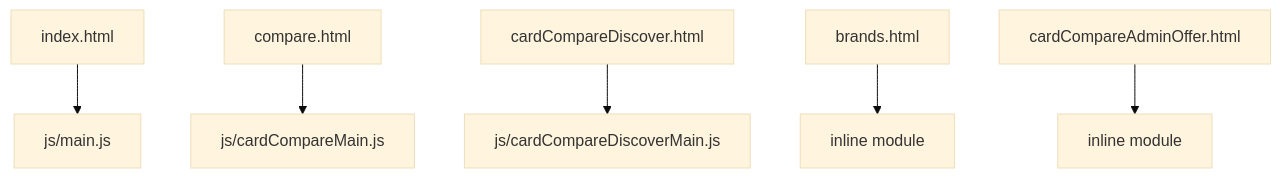
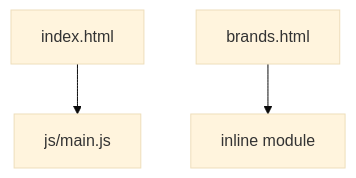
Before and after one commit to Ashwani07/voucher-discount-calculator: the first of 5 diagrams in docs/JavaScriptDependencyMap.md, drawn with Mermaid (base theme). The commit also changed other lines of this file and 12 other files, not shown here.

Commit message:
Refine voucher optimizer calculations and pipeline reliability. Remove unused scraped card data, fix Amazon and Axis reward handling, improve monthly cap disclosures, add HITL verification, and update voucher-only architecture and operations docs.

````diff
--- a/docs/JavaScriptDependencyMap.md
+++ b/docs/JavaScriptDependencyMap.md
@@ -7,8 +9,5 @@
 ```mermaid
 graph TD
     Index[index.html] --> Main[js/main.js]
-    Compare[compare.html] --> CompareMain[js/cardCompareMain.js]
-    Discover[cardCompareDiscover.html] --> DiscoverMain[js/cardCompareDiscoverMain.js]
     Brands[brands.html] --> BrandsInline[inline module]
-    Admin[cardCompareAdminOffer.html] --> AdminInline[inline module]
 ```
````
